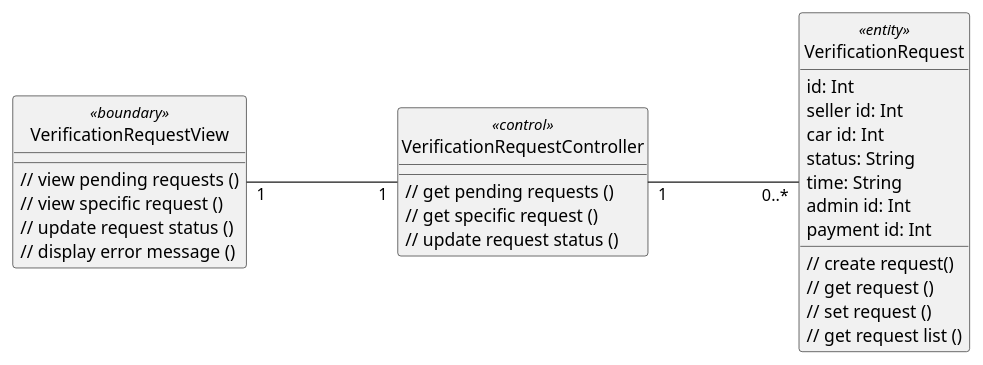
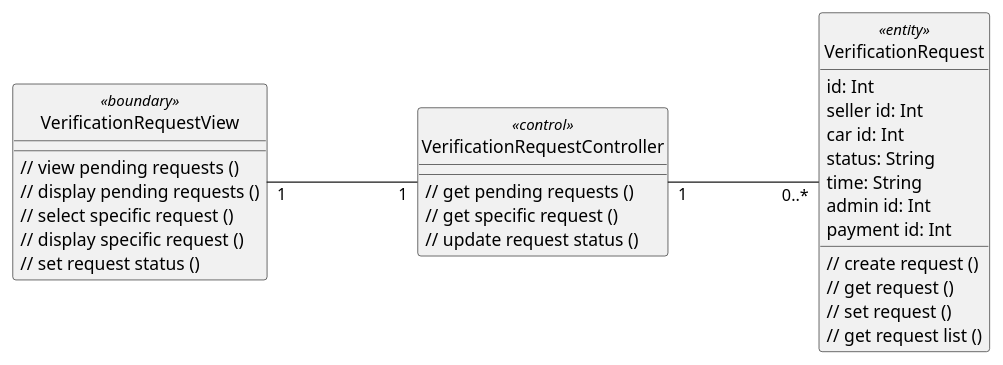
One commit to anhbanlinhle/velocity-exchange changed the diagram in uml/analysis/class/approve_car_for_auction.puml. Above: the diagram before and after it, drawn with PlantUML.

Commit message:
doc[lynn]: analysis vopc no. 19

```diff
--- a/uml/analysis/class/approve_car_for_auction.puml
+++ b/uml/analysis/class/approve_car_for_auction.puml
@@ -1,41 +1,42 @@
 @startuml 
 left to right direction
 skinparam classAttributeIconSize 0
 skinparam linetype ortho
 hide circle
 class VerificationRequestView <<boundary>> {
     // view pending requests ()
-    // view specific request ()
-    // update request status ()
-    // display error message ()
+    // display pending requests ()
+    // select specific request ()
+    // display specific request ()
+    // set request status ()
 
     }
 
 class VerificationRequestController <<control>> {
     // get pending requests ()
     // get specific request ()
     // update request status ()
 
     }
 
 class VerificationRequest <<entity>> {
     id: Int
     seller id: Int
     car id: Int
     status: String
     time: String
     admin id: Int
     payment id: Int
-    // create request()
+    // create request ()
     // get request ()
     // set request ()
     // get request list ()
     }
 
 
 VerificationRequestView "1" --- "1" VerificationRequestController
 
 VerificationRequestController "1" --- "0..*" VerificationRequest
 
 
 @enduml
```
